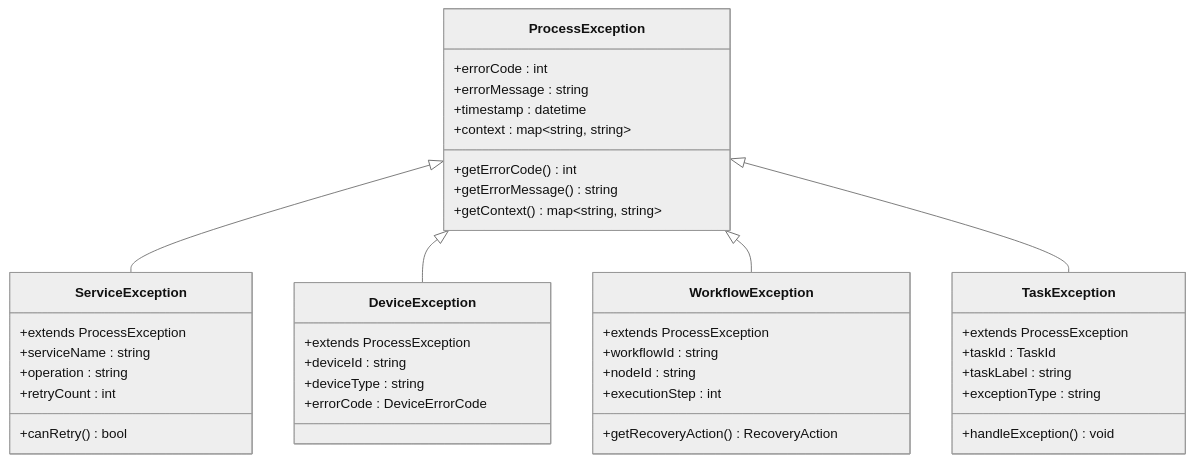
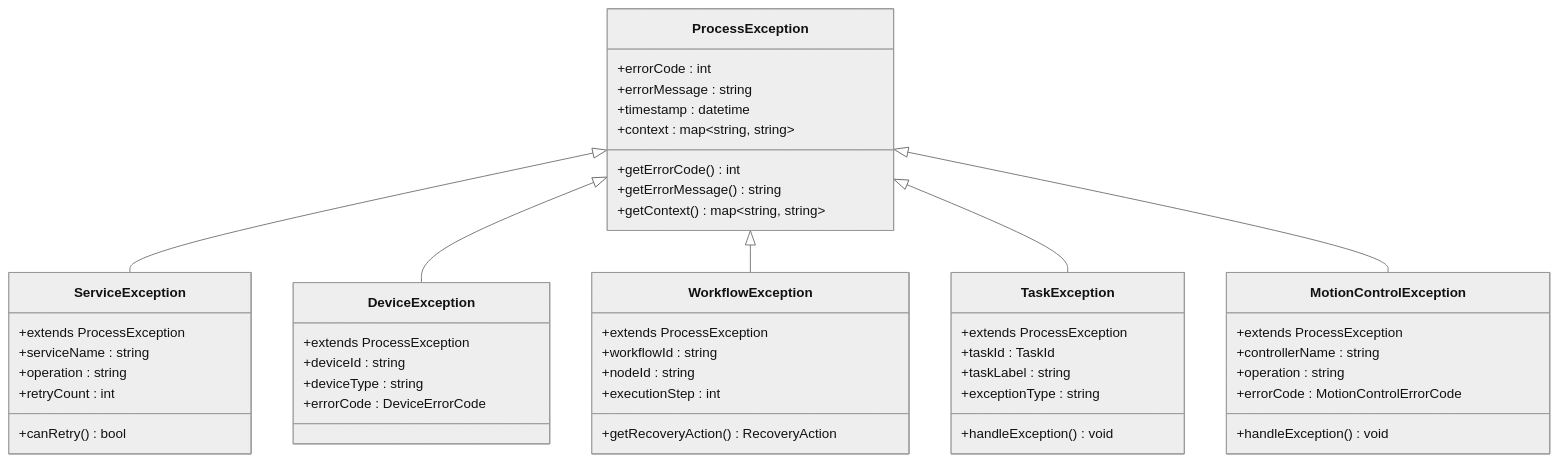
One commit to super1wang/LaserCNCv1.0 changed diagram 24 of 26 in .qoder/repowiki/zh/content/项目概述/模块设计/Process模块设计/Process模块服务管理架构改进.md. Above: the diagram before and after it, drawn with Mermaid (neutral theme). The commit also changed other lines of this file and 25 other files, not shown here.

````diff
--- a/.qoder/repowiki/zh/content/项目概述/模块设计/Process模块设计/Process模块服务管理架构改进.md
+++ b/.qoder/repowiki/zh/content/项目概述/模块设计/Process模块设计/Process模块服务管理架构改进.md
@@ -909,43 +1235,51 @@
 ```mermaid
 classDiagram
 class ProcessException {
 +errorCode : int
 +errorMessage : string
 +timestamp : datetime
 +context : map~string, string~
 +getErrorCode() int
 +getErrorMessage() string
 +getContext() map~string, string~
 }
 class ServiceException {
 +extends ProcessException
 +serviceName : string
 +operation : string
 +retryCount : int
 +canRetry() bool
 }
 class DeviceException {
 +extends ProcessException
 +deviceId : string
 +deviceType : string
 +errorCode : DeviceErrorCode
 }
 class WorkflowException {
 +extends ProcessException
 +workflowId : string
 +nodeId : string
 +executionStep : int
 +getRecoveryAction() RecoveryAction
 }
 class TaskException {
 +extends ProcessException
 +taskId : TaskId
 +taskLabel : string
 +exceptionType : string
 +handleException() void
 }
+class MotionControlException {
++extends ProcessException
++controllerName : string
++operation : string
++errorCode : MotionControlErrorCode
++handleException() void
+}
 ProcessException <|-- ServiceException
 ProcessException <|-- DeviceException
 ProcessException <|-- WorkflowException
 ProcessException <|-- TaskException
+ProcessException <|-- MotionControlException
 ```
````
